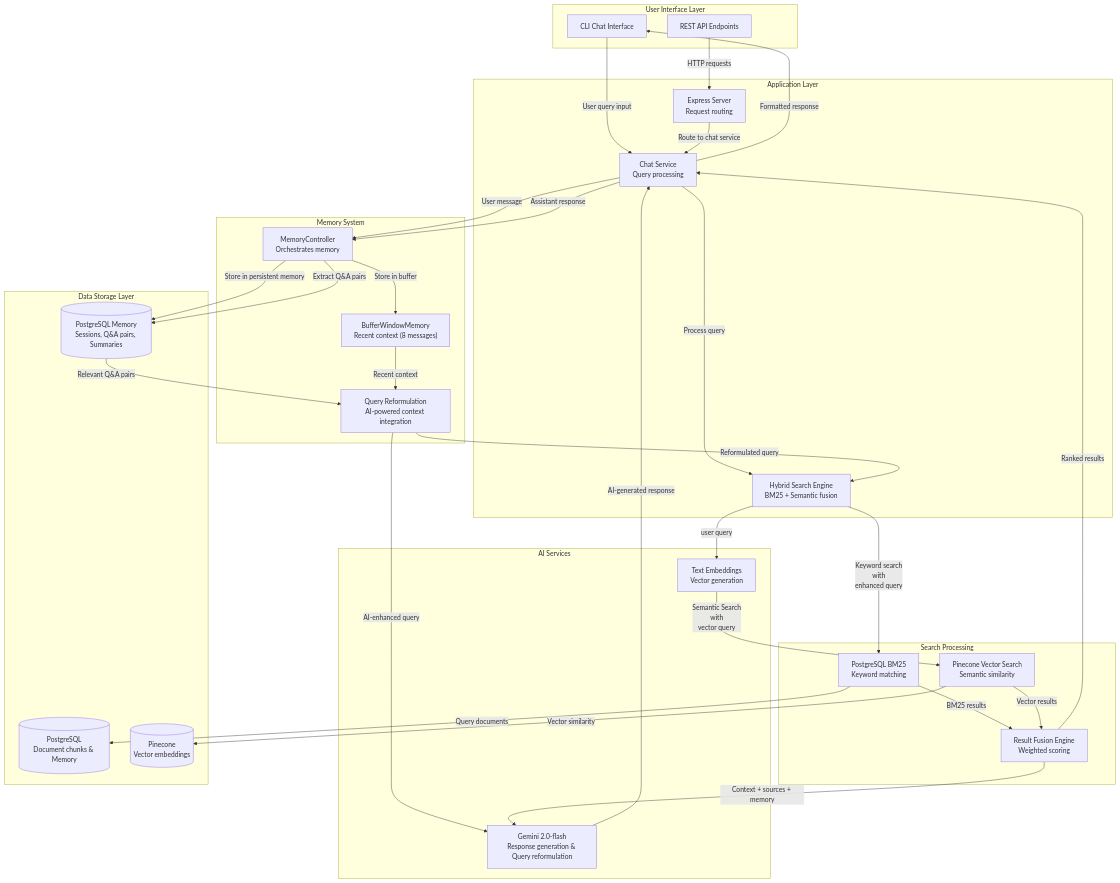
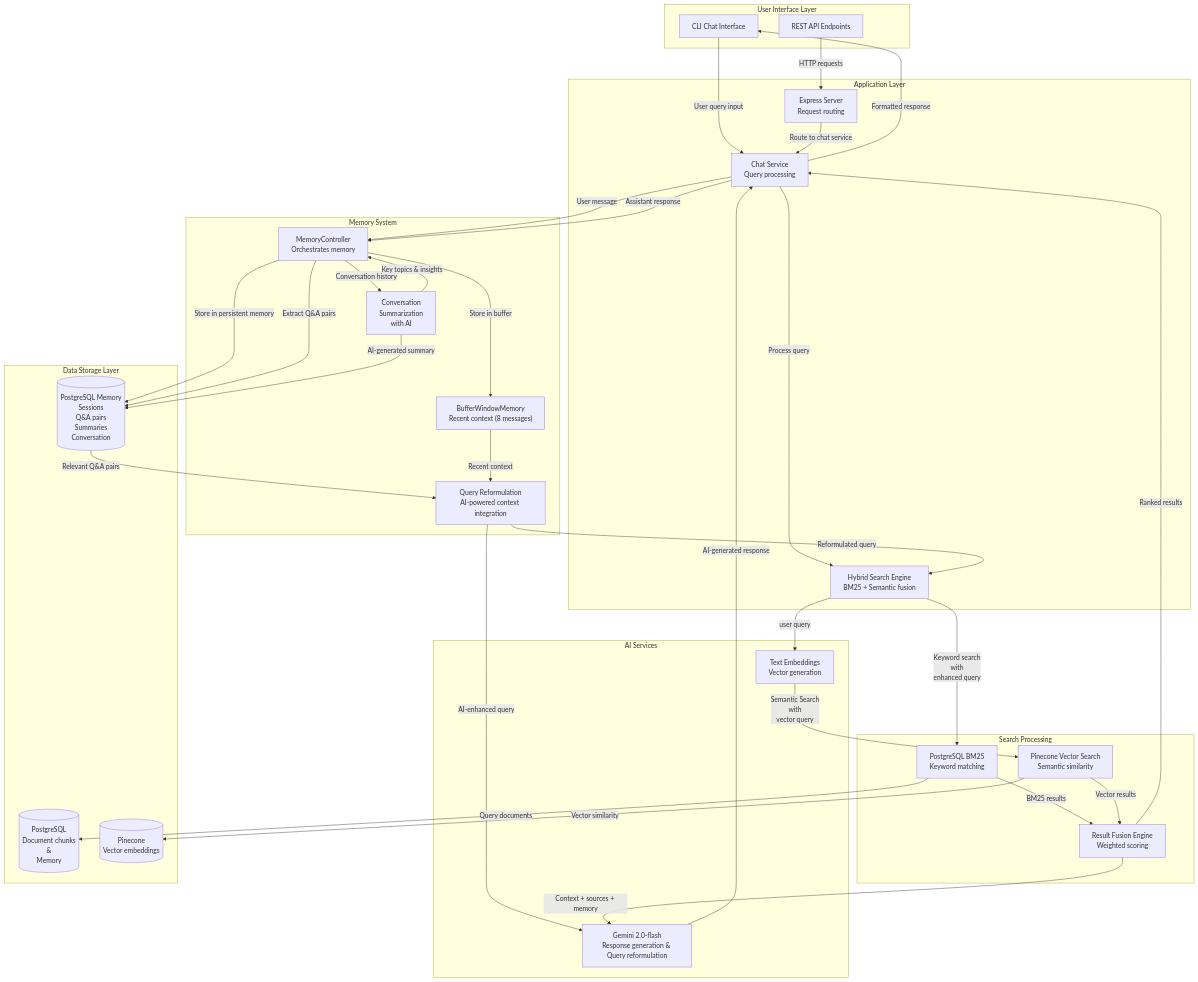
The first of 3 diagrams in PBL4/StripeCustomerSupportAgent/Backend/README.md (TEJ-Fellowship/pbl), drawn with Mermaid before and after one commit. The commit also changed other lines of this file, not shown here.

Commit message:
chore: update documentation for conversation summarization

````diff
--- a/PBL4/StripeCustomerSupportAgent/Backend/README.md
+++ b/PBL4/StripeCustomerSupportAgent/Backend/README.md
@@ -25,70 +26,78 @@
 ```mermaid
 graph TB
     subgraph "User Interface Layer"
         CLI["CLI Chat Interface"]
         API["REST API Endpoints"]
     end
 
     subgraph "Application Layer"
         CHAT["Chat Service<br/>Query processing"]
         SEARCH["Hybrid Search Engine<br/>BM25 + Semantic fusion"]
         SERVER["Express Server<br/>Request routing"]
     end
 
     subgraph "Memory System"
         BUFFER["BufferWindowMemory<br/>Recent context (8 messages)"]
         MEMORY_CTRL["MemoryController<br/>Orchestrates memory"]
+        AI_SUMMARY["Conversation <br/>Summarization <br/>with AI"]
         QUERY_REFORM["Query Reformulation<br/>AI-powered context integration"]
     end
 
     subgraph "Search Processing"
         BM25["PostgreSQL BM25<br/>Keyword matching"]
         VECTOR["Pinecone Vector Search<br/>Semantic similarity"]
         FUSION["Result Fusion Engine<br/>Weighted scoring"]
     end
 
     subgraph "AI Services"
         GEMINI["Gemini 2.0-flash<br/>Response generation & Query reformulation"]
         EMBEDDINGS["Text Embeddings<br/>Vector generation"]
     end
 
     subgraph "Data Storage Layer"
-        POSTGRES[("PostgreSQL<br/>Document chunks & Memory")]
+        POSTGRES[("PostgreSQL<br/>Document chunks<br/> & <br/>Memory")]
         PINECONE[("Pinecone<br/>Vector embeddings")]
-        MEMORY_DB[("PostgreSQL Memory<br/>Sessions, Q&A pairs, Summaries")]
+        MEMORY_DB[("PostgreSQL Memory<br/>Sessions <br/>Q&A pairs <br/>Summaries <br/>Conversation")]
     end
 
     %% User interaction flow
     CLI -->|"User query input"| CHAT
     API -->|"HTTP requests"| SERVER
     SERVER -->|"Route to chat service"| CHAT
     CHAT -->|"Formatted response"| CLI
 
     %% Memory processing flow
     CHAT -->|"User message"| MEMORY_CTRL
     MEMORY_CTRL -->|"Store in buffer"| BUFFER
     MEMORY_CTRL -->|"Store in persistent memory"| MEMORY_DB
     BUFFER -->|"Recent context"| QUERY_REFORM
     MEMORY_DB -->|"Relevant Q&A pairs"| QUERY_REFORM
     QUERY_REFORM -->|"AI-enhanced query"| GEMINI
 
     %% Search orchestration with memory
     CHAT -->|"Process query"| SEARCH
     QUERY_REFORM -->|"Reformulated query"| SEARCH
     SEARCH -->|"Keyword search</br>with</br>enhanced query"| BM25
     BM25 -->|"Query documents"| POSTGRES
     VECTOR -->|"Vector similarity"| PINECONE
 
     %% Result processing
     BM25 -->|"BM25 results"| FUSION
     VECTOR -->|"Vector results"| FUSION
     FUSION -->|"Ranked results"| CHAT
     FUSION -->|"Context + sources + memory"| GEMINI
 
     %% AI response generation with memory
     GEMINI -->|"AI-generated response"| CHAT
     CHAT -->|"Assistant response"| MEMORY_CTRL
     MEMORY_CTRL -->|"Extract Q&A pairs"| MEMORY_DB
+
+    %% Conversation Summarization with AI
+    MEMORY_CTRL -->|"Conversation history"| AI_SUMMARY
+    AI_SUMMARY -->|"AI-generated summary"| MEMORY_DB
+    AI_SUMMARY -->|"Key topics & insights"| MEMORY_CTRL
+
+    %% Search and embeddings flow
     SEARCH -->|"user query"| EMBEDDINGS
     EMBEDDINGS -->|"Semantic Search</br>with</br>vector query"| VECTOR
 ```
````
